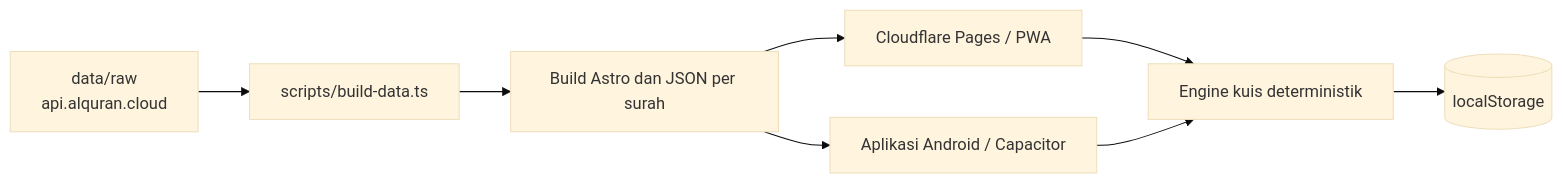
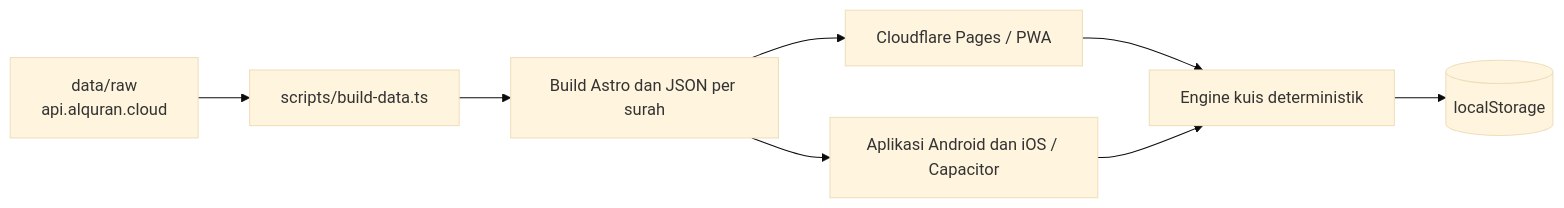
One commit to afdaliable/sambungayat changed the diagram in README.md. Above: the diagram before and after it, drawn with Mermaid (base theme). The commit also changed other lines of this file and 38 other files, not shown here.

````diff
--- a/README.md
+++ b/README.md
@@ -19,10 +19,10 @@
 ```mermaid
 flowchart LR
   A[data/raw<br/>api.alquran.cloud] --> B[scripts/build-data.ts]
   B --> C[Build Astro dan JSON per surah]
   C --> D[Cloudflare Pages / PWA]
-  C --> G[Aplikasi Android / Capacitor]
+  C --> G[Aplikasi Android dan iOS / Capacitor]
   D --> E[Engine kuis deterministik]
   G --> E
   E --> F[(localStorage)]
 ```
````
